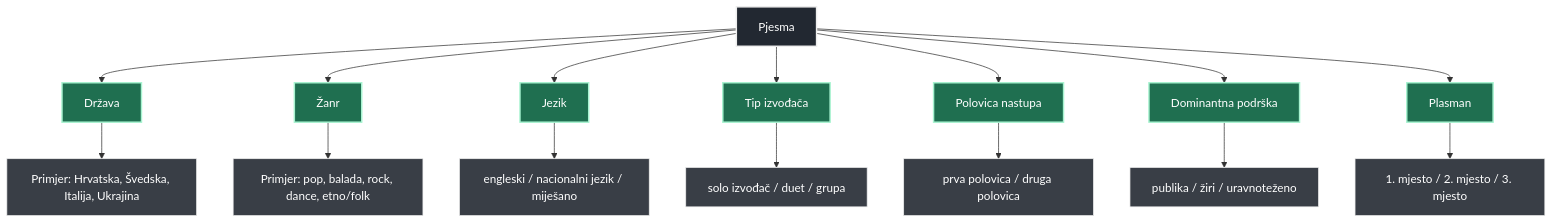
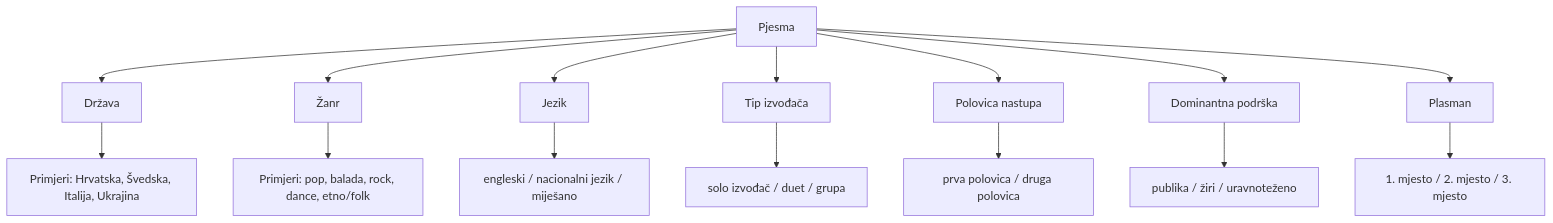
Before and after one commit to AleksandarOrbanic/ESC-mre-a: the diagram in report/report_1.md, drawn with Mermaid. The commit also changed other lines of this file and 1 other file, not shown here.

````diff
--- a/report/report_1.md
+++ b/report/report_1.md
@@ -81,26 +139,18 @@
 ```mermaid
 graph TD
     A[Pjesma] --> B[Država]
     A --> C[Žanr]
     A --> D[Jezik]
     A --> E[Tip izvođača]
     A --> F[Polovica nastupa]
     A --> G[Dominantna podrška]
     A --> H[Plasman]
 
-    B --> B1[Primjer: Hrvatska, Švedska, Italija, Ukrajina]
-    C --> C1[Primjer: pop, balada, rock, dance, etno/folk]
+    B --> B1[Primjeri: Hrvatska, Švedska, Italija, Ukrajina]
+    C --> C1[Primjeri: pop, balada, rock, dance, etno/folk]
     D --> D1[engleski / nacionalni jezik / miješano]
     E --> E1[solo izvođač / duet / grupa]
     F --> F1[prva polovica / druga polovica]
     G --> G1[publika / žiri / uravnoteženo]
     H --> H1[1. mjesto / 2. mjesto / 3. mjesto]
-
-    classDef main fill:#222831,stroke:#eeeeee,color:#ffffff,stroke-width:2px
-    classDef factor fill:#1f6f50,stroke:#a7f3d0,color:#ffffff,stroke-width:2px
-    classDef example fill:#393e46,stroke:#eeeeee,color:#ffffff,stroke-width:1px
-
-    class A main
-    class B,C,D,E,F,G,H factor
-    class B1,C1,D1,E1,F1,G1,H1 example
 ```
````
